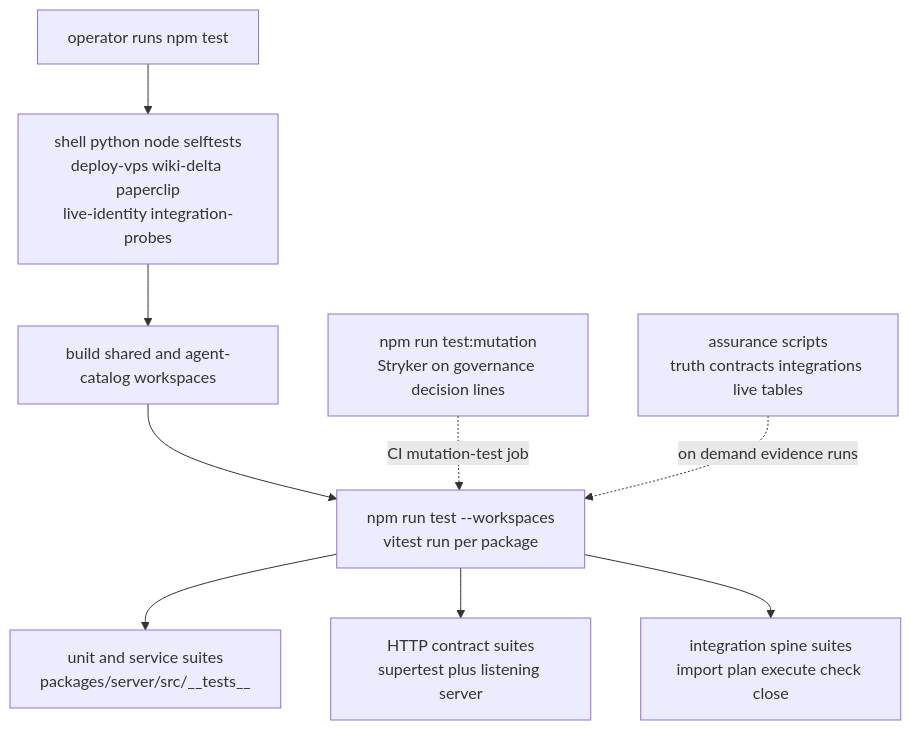
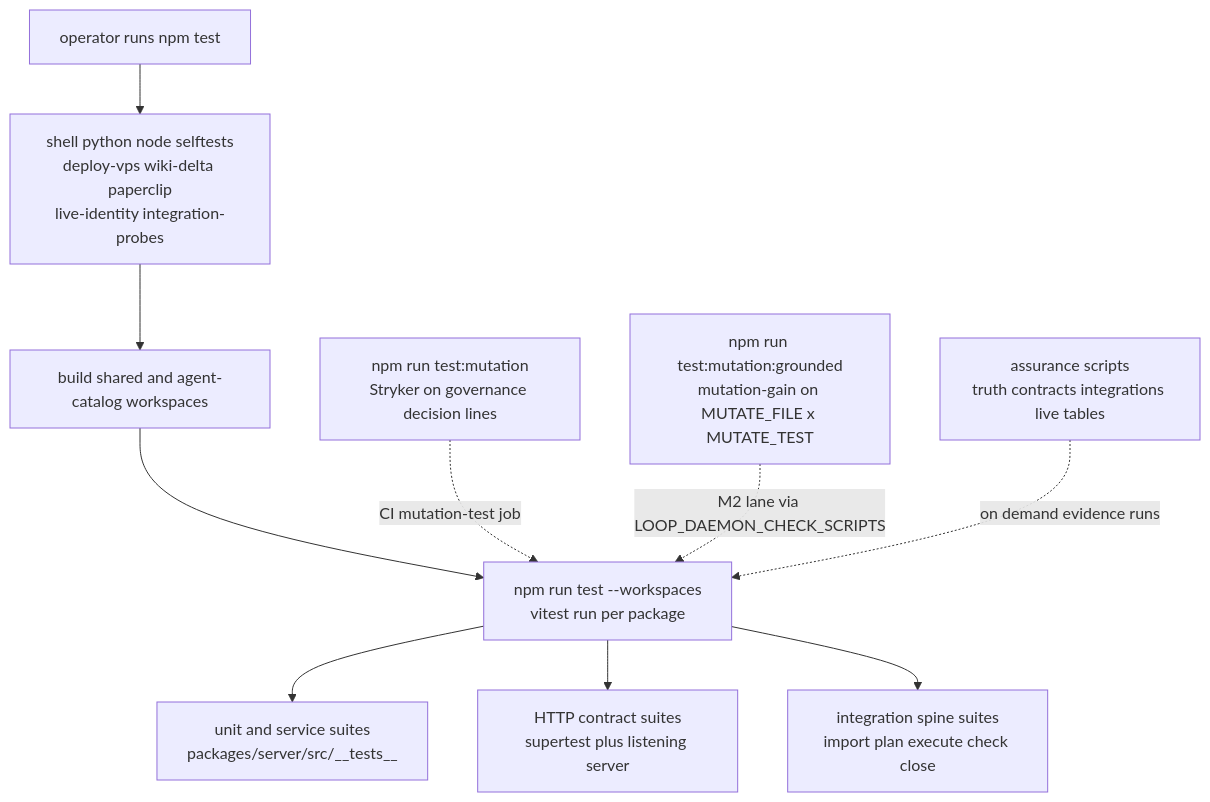
Before and after one commit to djimit/djimitflo: the diagram in openwiki/testing/test-strategy.md, drawn with Mermaid. The commit also changed other lines of this file and 41 other files, not shown here.

````diff
--- a/openwiki/testing/test-strategy.md
+++ b/openwiki/testing/test-strategy.md
@@ -83,11 +109,12 @@
 ```mermaid
 flowchart TD
     DEV["operator runs npm test"] --> ST["shell python node selftests<br>deploy-vps wiki-delta paperclip<br>live-identity integration-probes"]
     ST --> BUILD["build shared and agent-catalog workspaces"]
     BUILD --> WS["npm run test --workspaces<br>vitest run per package"]
     WS --> U["unit and service suites<br>packages/server/src/__tests__"]
     WS --> H["HTTP contract suites<br>supertest plus listening server"]
     WS --> SP["integration spine suites<br>import plan execute check close"]
     GATE["npm run test:mutation<br>Stryker on governance decision lines"] -.->|CI mutation-test job| WS
+    MG["npm run test:mutation:grounded<br>mutation-gain on MUTATE_FILE x MUTATE_TEST"] -.->|M2 lane via LOOP_DAEMON_CHECK_SCRIPTS| WS
     A["assurance scripts<br>truth contracts integrations live tables"] -.->|on demand evidence runs| WS
 ```
````
